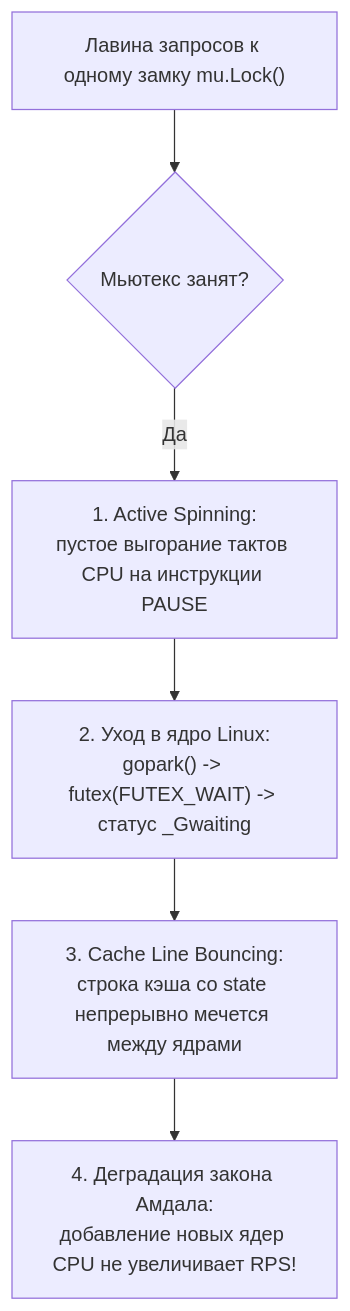
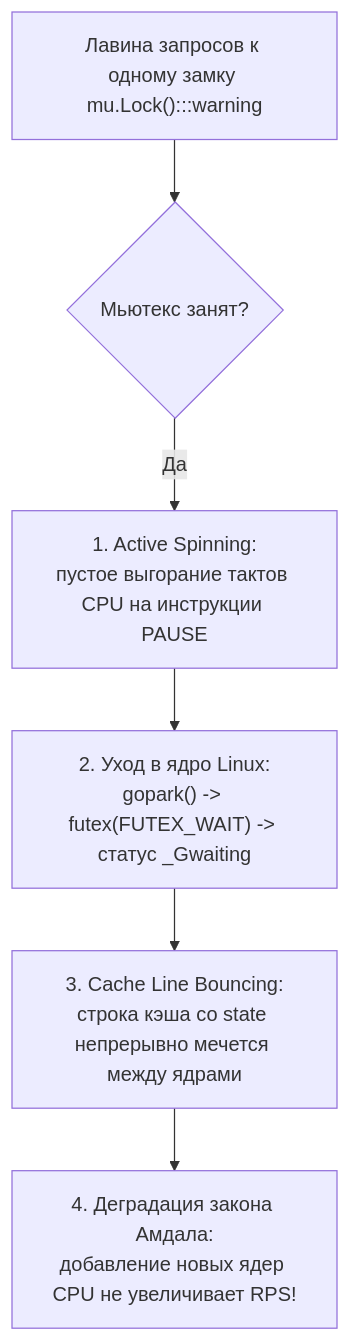
Before and after one commit to UnrealTemplier/go-textbook: the first of 2 diagrams in sources/16. Профилирование, отладка и производительность/06. Конкурентность/7. Contention и lock profiling.md, drawn with Mermaid. The commit also changed other lines of this file and 1666 other files, not shown here.

First line of the commit message:
feat(mermaid): add semantic color classDef to 1369 colorless flowchart/graph diagrams

````diff
--- a/sources/16. Профилирование, отладка и производительность/06. Конкурентность/7. Contention и lock profiling.md
+++ b/sources/16. Профилирование, отладка и производительность/06. Конкурентность/7. Contention и lock profiling.md
@@ -19,8 +19,18 @@
 ```mermaid
 flowchart TD
-    A["Лавина запросов к одному замку mu.Lock()"] --> B{"Мьютекс занят?"}
+    classDef process  fill:#1e293b,stroke:#38bdf8,stroke-width:1px,color:#f8fafc
+    classDef success  fill:#064e3b,stroke:#34d399,stroke-width:1px,color:#f8fafc
+    classDef error    fill:#7f1d1d,stroke:#f87171,stroke-width:1px,color:#f8fafc
+    classDef warning  fill:#78350f,stroke:#fbbf24,stroke-width:1px,color:#f8fafc
+    classDef entry    fill:#1e3a5f,stroke:#38bdf8,stroke-width:2px,color:#f8fafc
+    classDef aux      fill:#334155,stroke:#64748b,stroke-width:1px,color:#f8fafc
+    classDef system   fill:#312e81,stroke:#a78bfa,stroke-width:1px,color:#f8fafc
+    classDef data     fill:#132d29,stroke:#2dd4bf,stroke-width:1px,color:#f8fafc
+    classDef network  fill:#881337,stroke:#fb7185,stroke-width:1px,color:#f8fafc
+    classDef accent   fill:#1e1b4b,stroke:#818cf8,stroke-width:1px,color:#f8fafc
+    A["Лавина запросов к одному замку mu.Lock():::warning"] --> B{"Мьютекс занят?"}
     B -- Да --> C["1. Active Spinning:<br/>пустое выгорание тактов CPU на инструкции PAUSE"]
     C --> D["2. Уход в ядро Linux:<br/>gopark() -> futex(FUTEX_WAIT) -> статус _Gwaiting"]
     D --> E["3. Cache Line Bouncing:<br/>строка кэша со state непрерывно мечется между ядрами"]
     E --> F["4. Деградация закона Амдала:<br/>добавление новых ядер CPU не увеличивает RPS!"]
 ```
````
